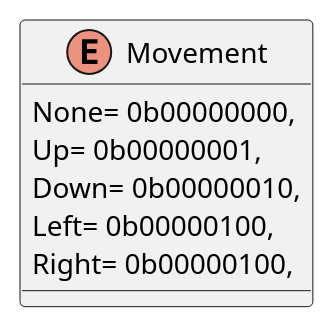
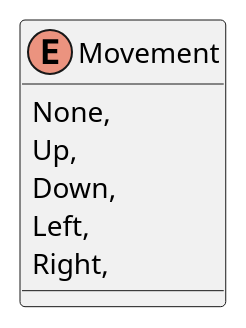
One commit to 19vano97/levelUpOOP changed the diagram in plantuml/OceanLife/Movement.puml. Above: the diagram before and after it, drawn with PlantUML. The commit also changed 28 other files, not shown here.

```diff
--- a/plantuml/OceanLife/Movement.puml
+++ b/plantuml/OceanLife/Movement.puml
@@ -1,9 +1,9 @@
 @startuml
 enum Movement {
-    None= 0b00000000,
-    Up= 0b00000001,
-    Down= 0b00000010,
-    Left= 0b00000100,
-    Right= 0b00000100,
+    None,
+    Up,
+    Down,
+    Left,
+    Right,
 }
 @enduml
```
